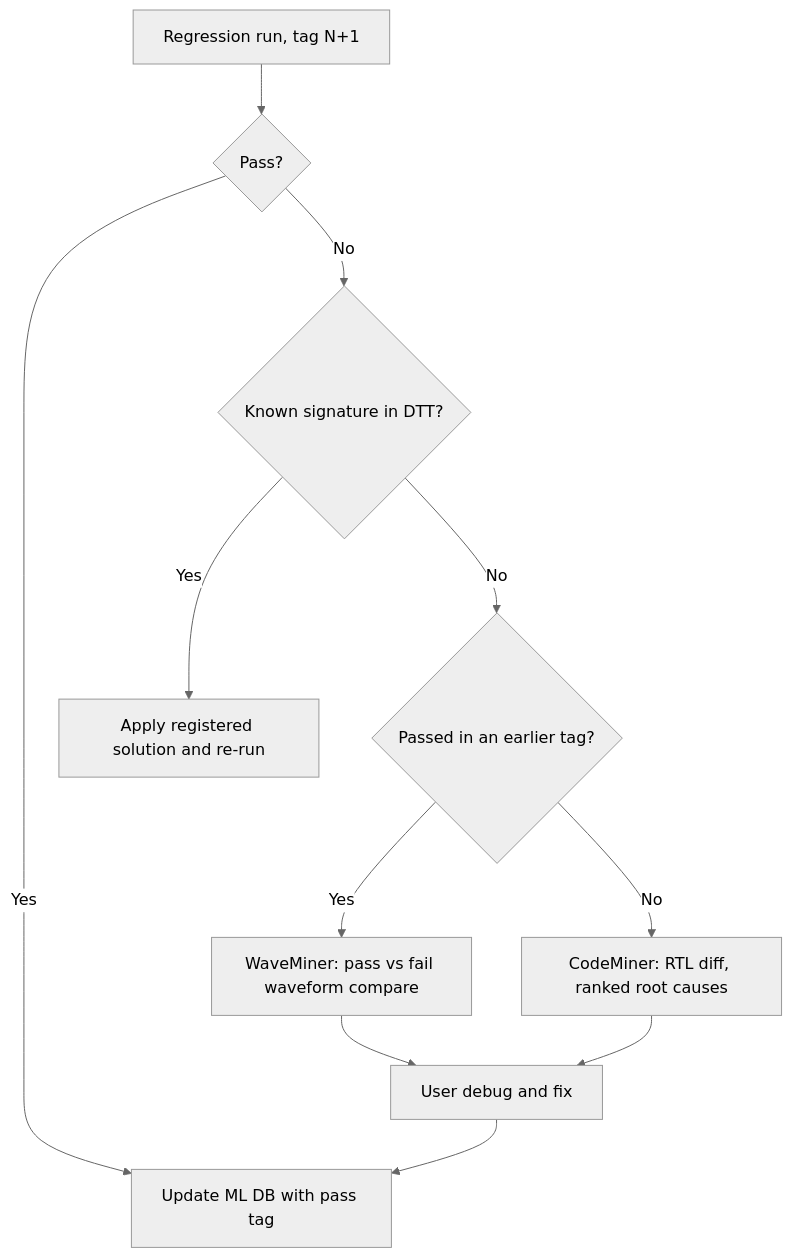
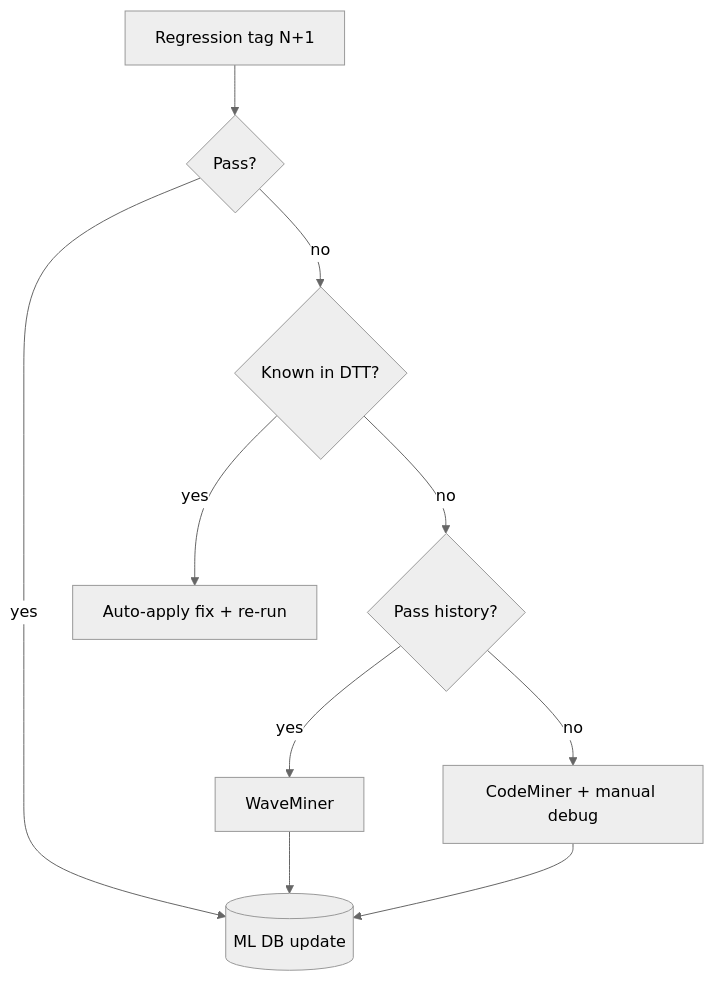
The diagram in docs/papers/ref-20261018-aa86-a-novel-ai-ml-regression-flow-for-soc-verification.md (nemo99007/yt-paper), drawn with Mermaid (neutral theme) before and after one commit. The commit also changed other lines of this file and 172 other files, not shown here.

````diff
--- a/docs/papers/ref-20261018-aa86-a-novel-ai-ml-regression-flow-for-soc-verification.md
+++ b/docs/papers/ref-20261018-aa86-a-novel-ai-ml-regression-flow-for-soc-verification.md
@@ -315,13 +194,12 @@
 ```mermaid
 flowchart TD
-  A[Regression run, tag N+1] --> B{Pass?}
-  B -- Yes --> C[Update ML DB with pass tag]
-  B -- No --> D{Known signature in DTT?}
-  D -- Yes --> E[Apply registered solution and re-run]
-  D -- No --> F{Passed in an earlier tag?}
-  F -- Yes --> G[WaveMiner: pass vs fail waveform compare]
-  F -- No --> H[CodeMiner: RTL diff, ranked root causes]
-  G --> I[User debug and fix]
-  H --> I
-  I --> C
+  R[Regression tag N+1] --> P{Pass?}
+  P -- yes --> DB[(ML DB update)]
+  P -- no --> K{Known in DTT?}
+  K -- yes --> A[Auto-apply fix + re-run]
+  K -- no --> H{Pass history?}
+  H -- yes --> W[WaveMiner]
+  H -- no --> C[CodeMiner + manual debug]
+  W --> DB
+  C --> DB
 ```
````
